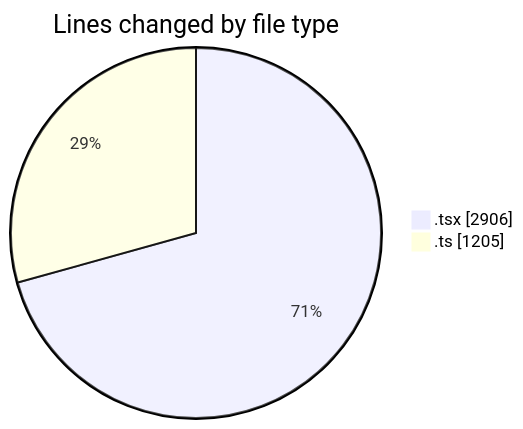
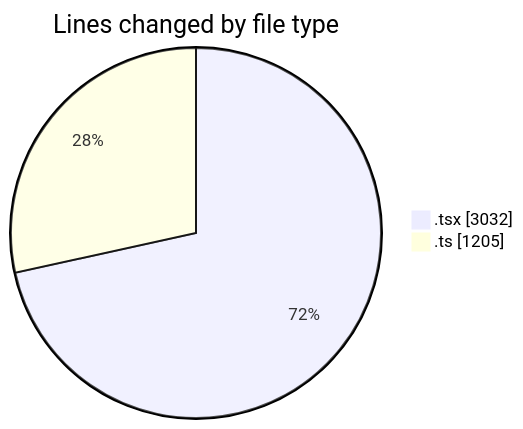
The first of 2 diagrams in 2026-02-18/nxtqube_webapp/README.md (nxtqubesakshisongat/code-tracking), drawn with Mermaid before and after one commit. The commit also changed other lines of this file and 1 other file, not shown here.

````diff
--- a/2026-02-18/nxtqube_webapp/README.md
+++ b/2026-02-18/nxtqube_webapp/README.md
@@ -27,6 +27,6 @@
 ```mermaid
 pie showData
 title Lines changed by file type
-".tsx" : 2906
+".tsx" : 3032
 ".ts" : 1205
 ```
````
